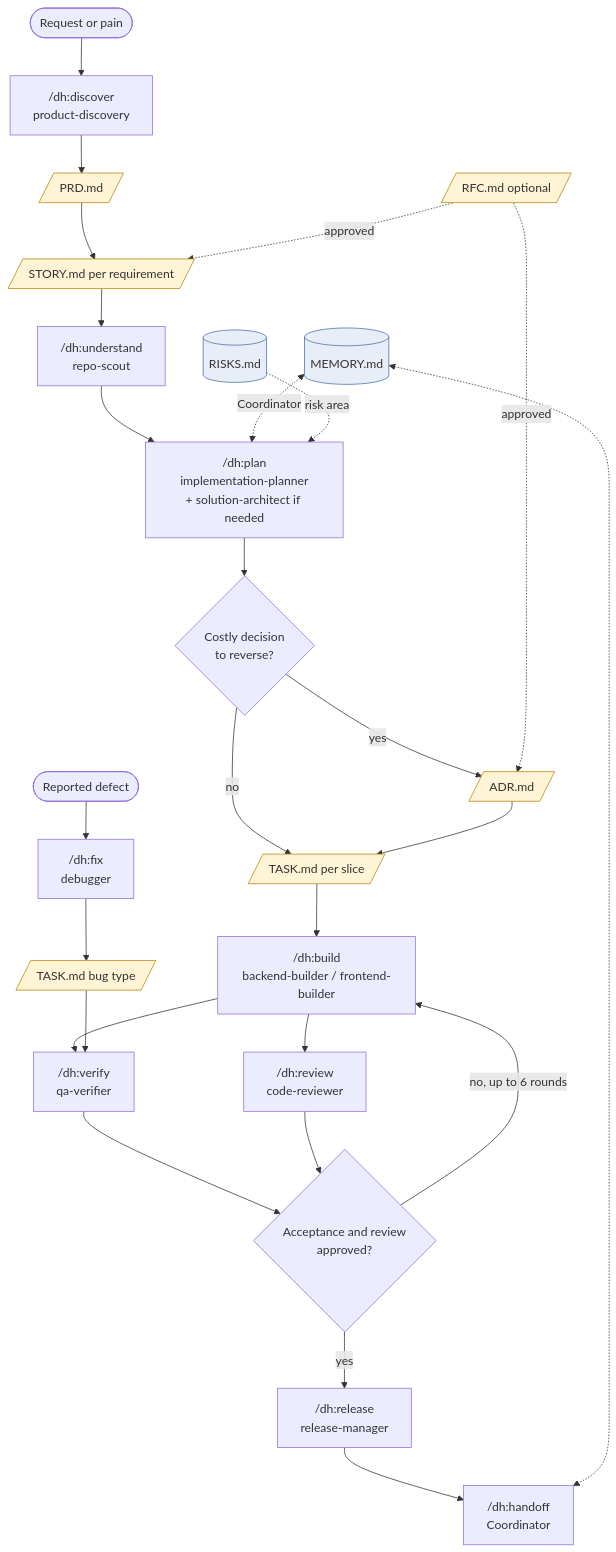
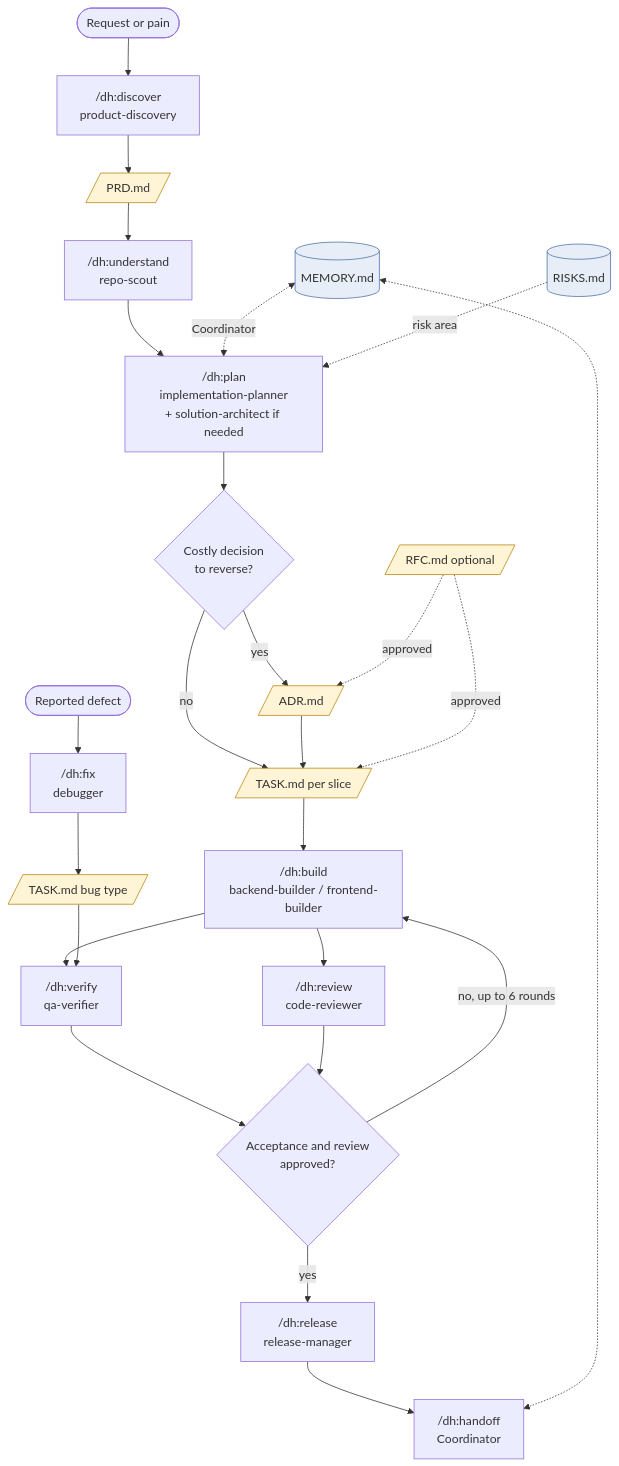
Before and after one commit to danielmalka/dev-harness: the first of 2 diagrams in docs/en/tutorials/templates.md, drawn with Mermaid. The commit also changed other lines of this file and 98 other files, not shown here.

First line of the commit message:
feat: PRD and ticket flow (PRD-007, 0.11.0) (#18)

````diff
--- a/docs/en/tutorials/templates.md
+++ b/docs/en/tutorials/templates.md
@@ -49,36 +50,35 @@
 ```mermaid
 flowchart TB
     ideia([Request or pain]) --> discover["/dh:discover<br/>product-discovery"]
     discover --> prd[/PRD.md/]
-    prd --> stories[/STORY.md per requirement/]
-    stories --> understand["/dh:understand<br/>repo-scout"]
+    prd --> understand["/dh:understand<br/>repo-scout"]
     understand --> plan["/dh:plan<br/>implementation-planner<br/>+ solution-architect if needed"]
     plan --> decisao{Costly decision<br/>to reverse?}
     decisao -->|yes| adr[/ADR.md/]
     decisao -->|no| tasks
     adr --> tasks[/TASK.md per slice/]
     tasks --> build["/dh:build<br/>backend-builder / frontend-builder"]
     build --> verify["/dh:verify<br/>qa-verifier"]
     build --> review["/dh:review<br/>code-reviewer"]
     verify --> ok{Acceptance and review<br/>approved?}
     review --> ok
     ok -->|no, up to 6 rounds| build
     ok -->|yes| release["/dh:release<br/>release-manager"]
     release --> handoff["/dh:handoff<br/>Coordinator"]
 
     bug([Reported defect]) --> fix["/dh:fix<br/>debugger"]
     fix --> bugtask[/TASK.md bug type/]
     bugtask --> verify
 
     rfc[/RFC.md optional/] -.->|approved| adr
-    rfc -.->|approved| stories
+    rfc -.->|approved| tasks
 
     memoria[(MEMORY.md)] <-.->|Coordinator| plan
     memoria <-.-> handoff
     risks[(RISKS.md)] -.->|risk area| plan
 
     classDef doc fill:#fff4d6,stroke:#b8860b
     classDef mem fill:#e8eef7,stroke:#4a6fa5
-    class prd,stories,adr,tasks,bugtask,rfc doc
+    class prd,adr,tasks,bugtask,rfc doc
     class memoria,risks mem
 ```
````
